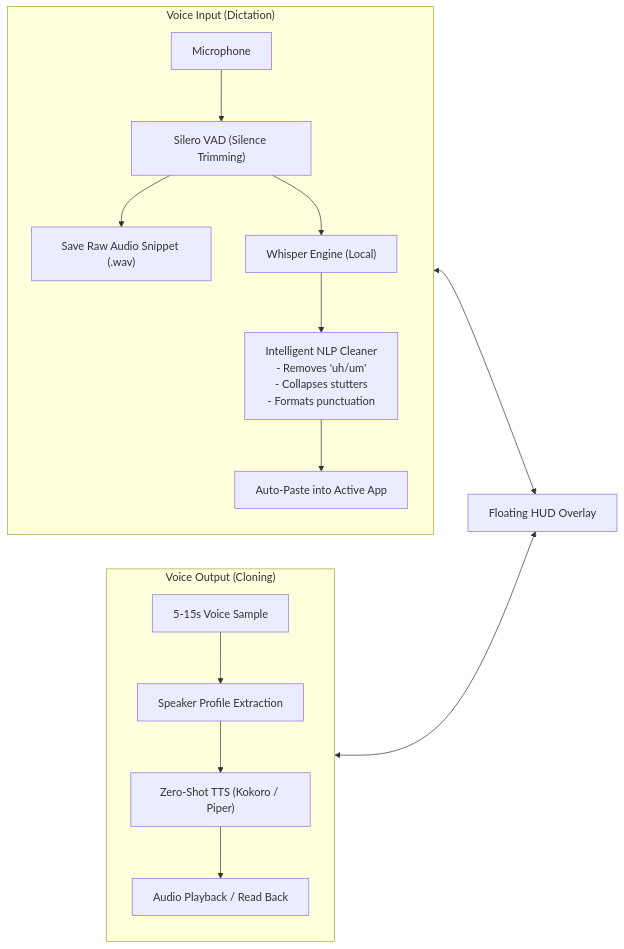
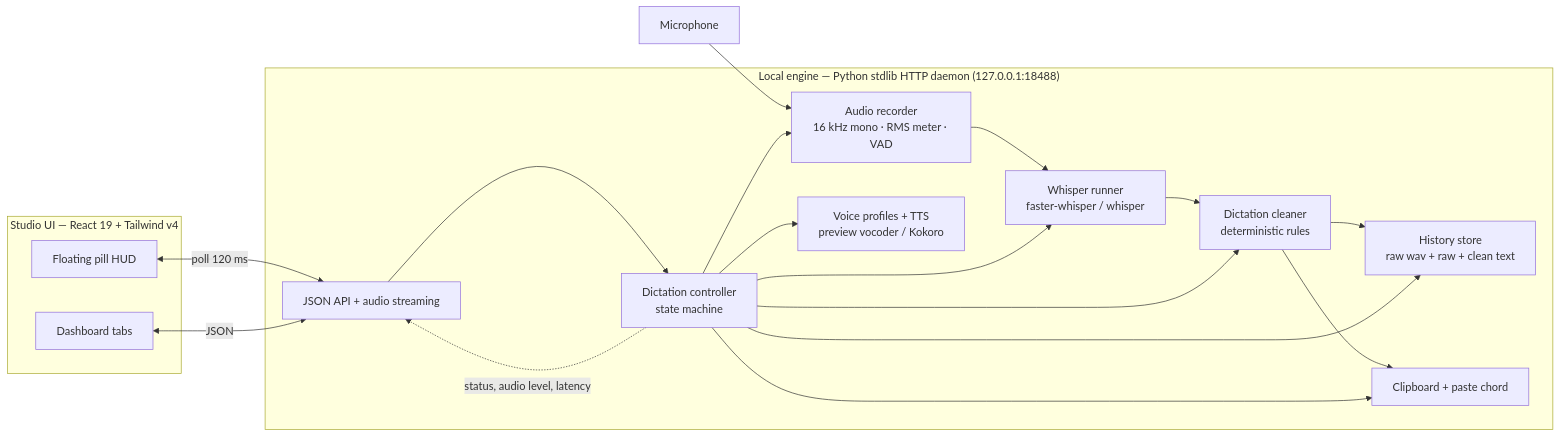
Before and after one commit to yashjaiswal2818/openflow: the first of 2 diagrams in README.md, drawn with Mermaid. The commit also changed other lines of this file and 56 other files, not shown here.

````diff
--- a/README.md
+++ b/README.md
@@ -56,19 +121,32 @@
 ```mermaid
 flowchart LR
-    subgraph Input ["Voice Input (Dictation)"]
-        MIC["Microphone"] --> VAD["Silero VAD (Silence Trimming)"]
-        VAD --> RAW["Save Raw Audio Snippet (.wav)"]
-        VAD --> STT["Whisper Engine (Local)"]
-        STT --> CLEANER["Intelligent NLP Cleaner\n- Removes 'uh/um'\n- Collapses stutters\n- Formats punctuation"]
-        CLEANER --> PASTE["Auto-Paste into Active App"]
+    subgraph Studio["Studio UI — React 19 + Tailwind v4"]
+        HUD["Floating pill HUD"]
+        DASH["Dashboard tabs"]
     end
 
-    subgraph Output ["Voice Output (Cloning)"]
-        REF["5-15s Voice Sample"] --> PROFILE["Speaker Profile Extraction"]
-        PROFILE --> TTS["Zero-Shot TTS (Kokoro / Piper)"]
-        TTS --> AUDIO["Audio Playback / Read Back"]
+    subgraph Engine["Local engine — Python stdlib HTTP daemon (127.0.0.1:18488)"]
+        API["JSON API + audio streaming"]
+        CTRL["Dictation controller<br/>state machine"]
+        REC["Audio recorder<br/>16 kHz mono · RMS meter · VAD"]
+        STT["Whisper runner<br/>faster-whisper / whisper"]
+        CLN["Dictation cleaner<br/>deterministic rules"]
+        HIST["History store<br/>raw wav + raw + clean text"]
+        PASTE["Clipboard + paste chord"]
+        VOICE["Voice profiles + TTS<br/>preview vocoder / Kokoro"]
     end
 
-    Input <--> HUD["Floating HUD Overlay"]
-    Output <--> HUD
+    MIC["Microphone"] --> REC
+    REC --> STT --> CLN --> PASTE
+    CLN --> HIST
+    API --> CTRL
+    CTRL --> REC
+    CTRL --> STT
+    CTRL --> CLN
+    CTRL --> HIST
+    CTRL --> PASTE
+    CTRL --> VOICE
+    HUD <-->|poll 120 ms| API
+    DASH <-->|JSON| API
+    CTRL -. "status, audio level, latency" .-> API
 ```
````
